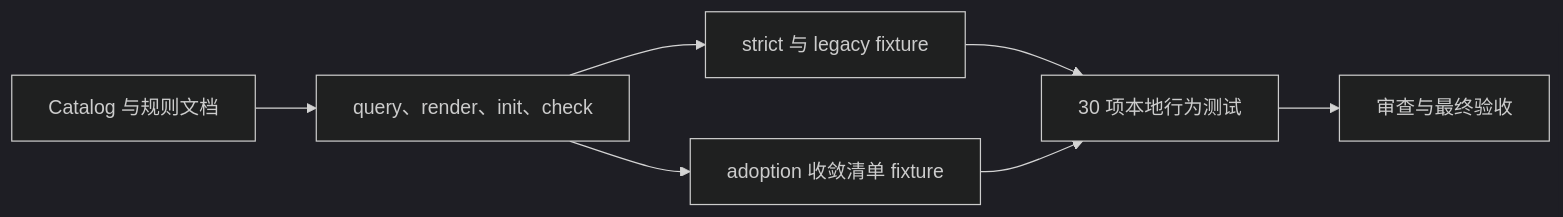
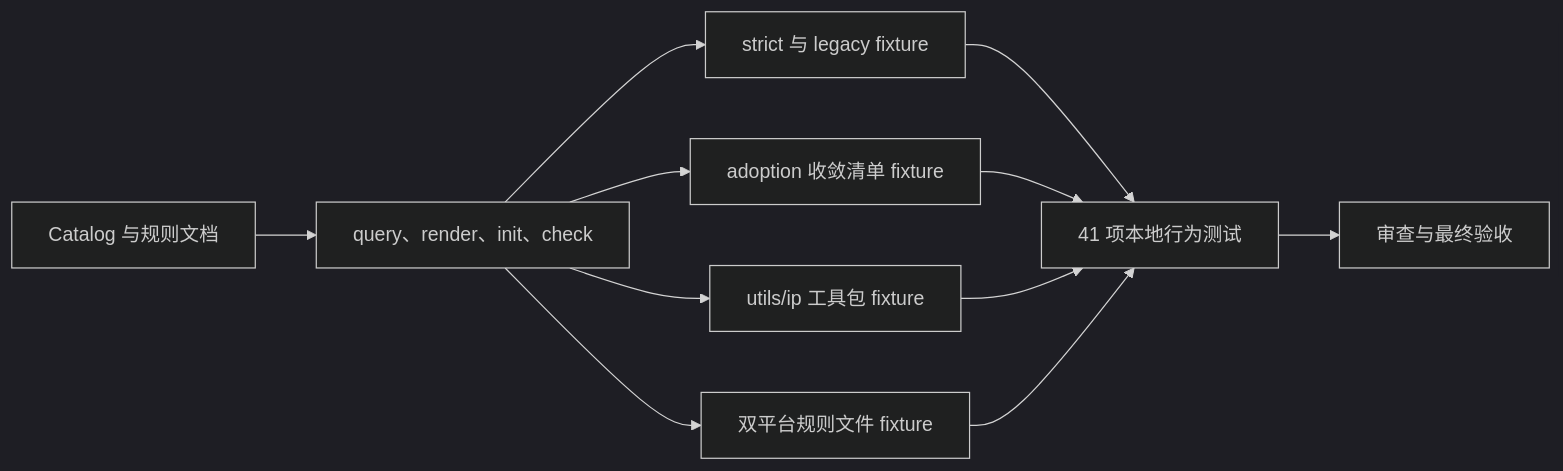
The diagram in doc/7-验收/2026-07-28_014412_代码位置目录规则V2_最终验收.md (luode0320/luode-skills), drawn with Mermaid (dark theme) before and after one commit. The commit also changed other lines of this file and 1 other file, not shown here.

````diff
--- a/doc/7-验收/2026-07-28_014412_代码位置目录规则V2_最终验收.md
+++ b/doc/7-验收/2026-07-28_014412_代码位置目录规则V2_最终验收.md
@@ -75,9 +75,13 @@
 ```mermaid
 flowchart LR
     A["Catalog 与规则文档"] --> B["query、render、init、check"]
     B --> C["strict 与 legacy fixture"]
     B --> D["adoption 收敛清单 fixture"]
-    C --> E["30 项本地行为测试"]
+    B --> I["utils/ip 工具包 fixture"]
+    B --> J["双平台规则文件 fixture"]
+    C --> E["41 项本地行为测试"]
     D --> E
+    I --> E
+    J --> E
     E --> F["审查与最终验收"]
 ```
````
